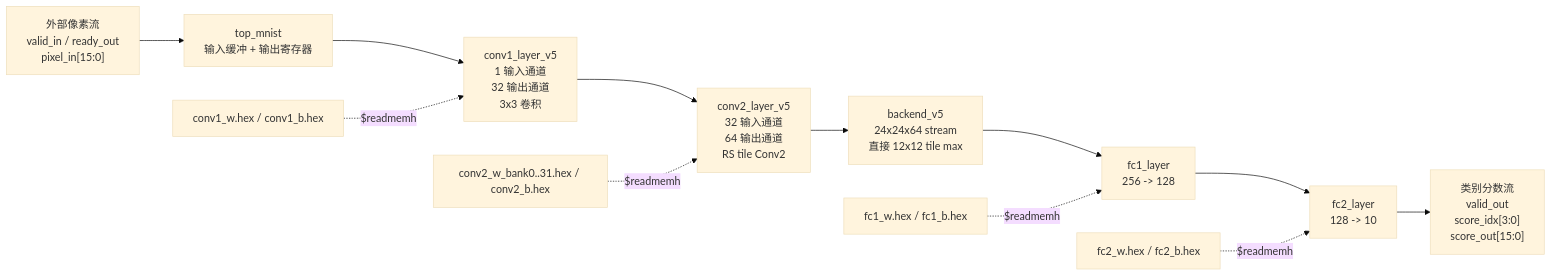
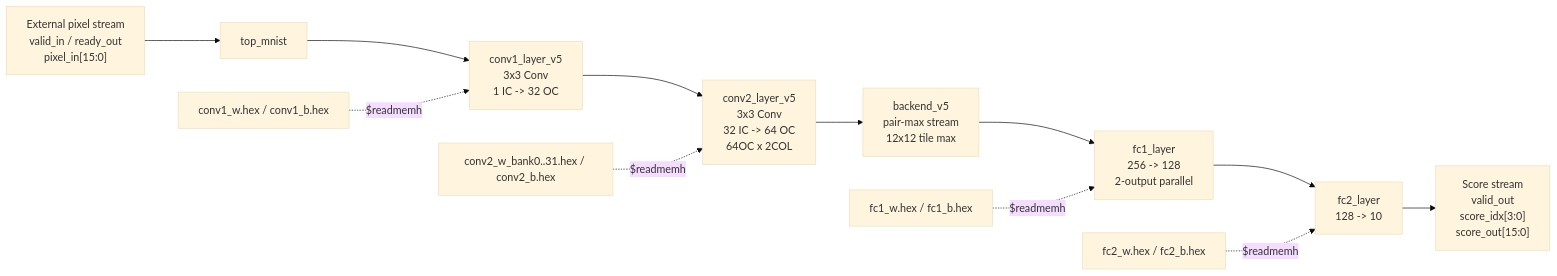
The diagram in README.md (zzhdegit/mnist-cnn-accelerator), drawn with Mermaid (base theme) before and after one commit. The commit also changed other lines of this file, not shown here.

````diff
--- a/README.md
+++ b/README.md
@@ -28,15 +36,15 @@
 ```mermaid
 flowchart LR
-    IN["外部像素流<br/>valid_in / ready_out<br/>pixel_in[15:0]"] --> TOP["top_mnist<br/>输入缓冲 + 输出寄存器"]
-    TOP --> C1["conv1_layer_v5<br/>1 输入通道<br/>32 输出通道<br/>3x3 卷积"]
-    C1 --> C2["conv2_layer_v5<br/>32 输入通道<br/>64 输出通道<br/>RS tile Conv2"]
-    C2 --> BE["backend_v5<br/>24x24x64 stream<br/>直接 12x12 tile max"]
-    BE --> F1["fc1_layer<br/>256 -> 128"]
+    IN["External pixel stream<br/>valid_in / ready_out<br/>pixel_in[15:0]"] --> TOP["top_mnist"]
+    TOP --> C1["conv1_layer_v5<br/>3x3 Conv<br/>1 IC -> 32 OC"]
+    C1 --> C2["conv2_layer_v5<br/>3x3 Conv<br/>32 IC -> 64 OC<br/>64OC x 2COL"]
+    C2 --> BE["backend_v5<br/>pair-max stream<br/>12x12 tile max"]
+    BE --> F1["fc1_layer<br/>256 -> 128<br/>2-output parallel"]
     F1 --> F2["fc2_layer<br/>128 -> 10"]
-    F2 --> OUT["类别分数流<br/>valid_out<br/>score_idx[3:0]<br/>score_out[15:0]"]
+    F2 --> OUT["Score stream<br/>valid_out<br/>score_idx[3:0]<br/>score_out[15:0]"]
 
     W1["conv1_w.hex / conv1_b.hex"] -. "$readmemh" .-> C1
     W2["conv2_w_bank0..31.hex / conv2_b.hex"] -. "$readmemh" .-> C2
     W3["fc1_w.hex / fc1_b.hex"] -. "$readmemh" .-> F1
     W4["fc2_w.hex / fc2_b.hex"] -. "$readmemh" .-> F2
 ```
````
